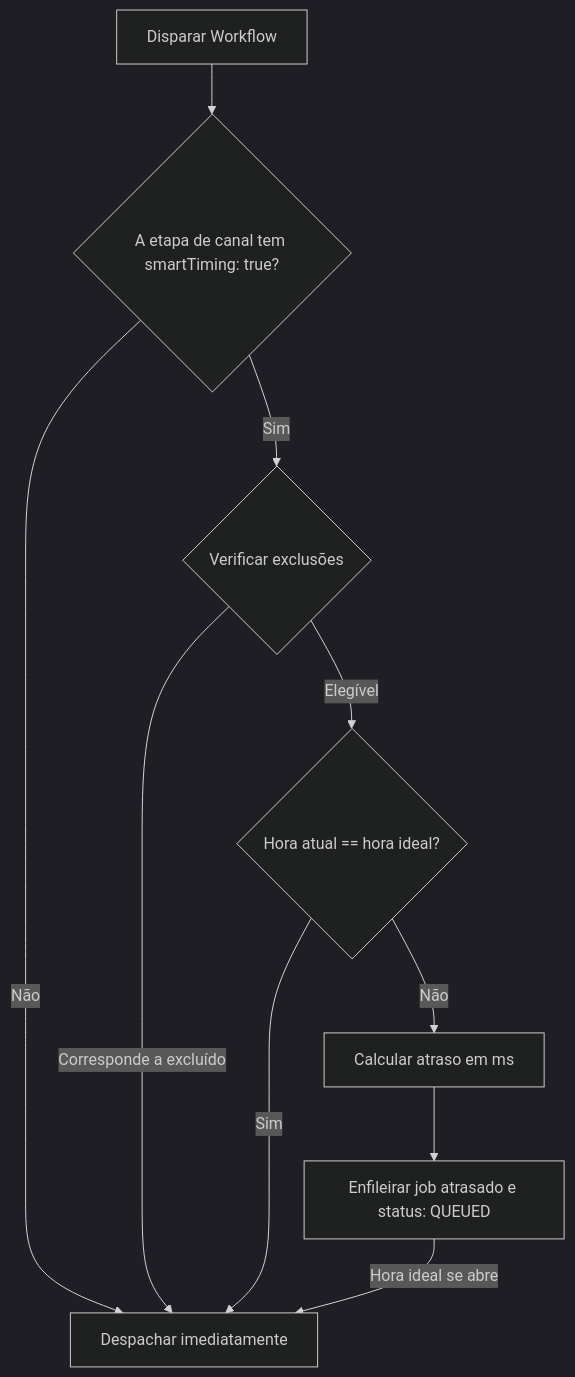
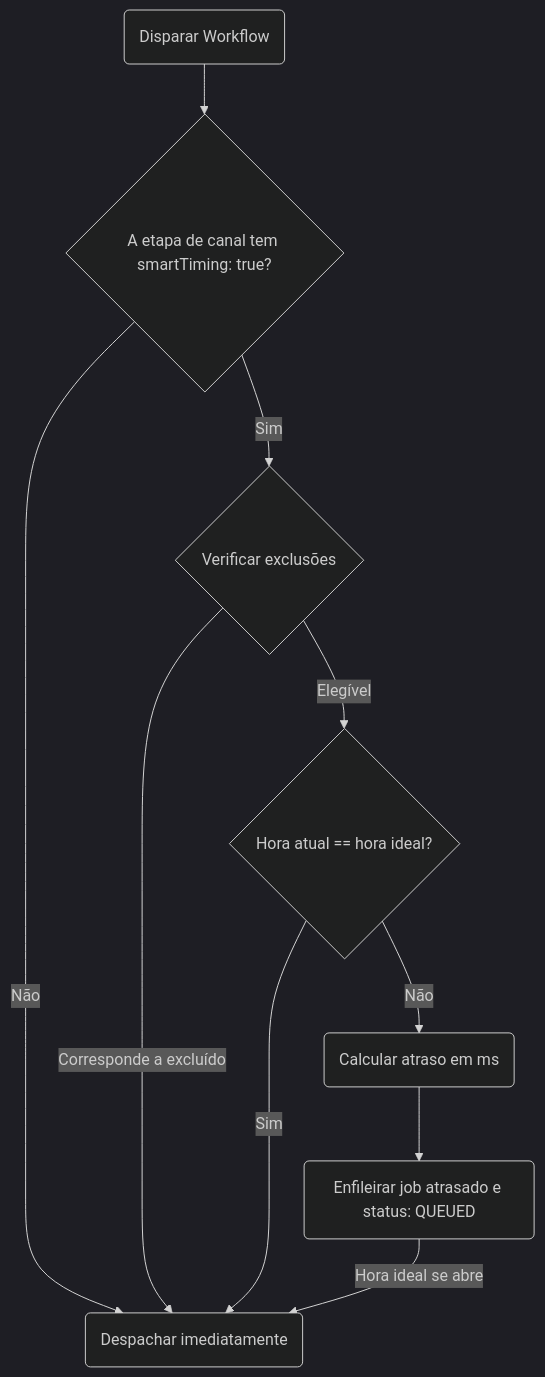
Before and after one commit to KriyanshKhunt/nexus_docs: the diagram in content/docs/pt/platform/features/smart-send-time.mdx, drawn with Mermaid (dark theme). The commit also changed 20 other files, not shown here.

Commit message:
Handle pt Mermaid charts

````diff
--- a/content/docs/pt/platform/features/smart-send-time.mdx
+++ b/content/docs/pt/platform/features/smart-send-time.mdx
@@ -19,12 +19,12 @@
 ```mermaid
 flowchart TD
-  Trigger[Disparar Workflow] --> Channel{A etapa de canal tem smartTiming: true?}
-  Channel -->|Não| Send[Despachar imediatamente]
+  Trigger(Disparar Workflow) --> Channel{A etapa de canal tem smartTiming: true?}
+  Channel -->|Não| Send(Despachar imediatamente)
   Channel -->|Sim| CheckExclusions{Verificar exclusões}
   CheckExclusions -->|Corresponde a excluído| Send
   CheckExclusions -->|Elegível| Optimal{Hora atual == hora ideal?}
   Optimal -->|Sim| Send
-  Optimal -->|Não| Delay[Calcular atraso em ms]
-  Delay --> Queue[Enfileirar job atrasado e status: QUEUED]
+  Optimal -->|Não| Delay(Calcular atraso em ms)
+  Delay --> Queue(Enfileirar job atrasado e status: QUEUED)
   Queue -->|Hora ideal se abre| Send
 ```
````
